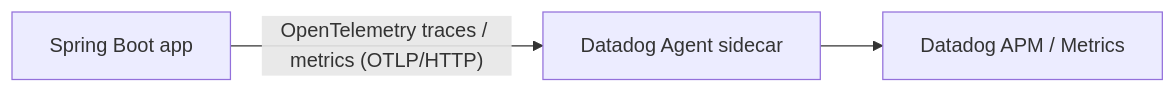
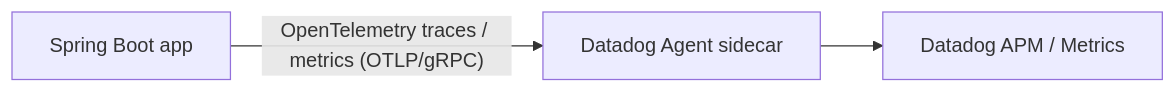
The third of 4 diagrams in docs/adr/adr-0001-o11y-datadog-otel-ecs-fargate.md (rafty/Todo-ECS-Observability-Sample), drawn with Mermaid before and after one commit. The commit also changed other lines of this file and 13 other files, not shown here.

Commit message:
`feat(backend,docs): OTel fix-02 を実装し Datadog 相関仕様を整合` - `   - backend: OpenTelemetry Logback Appender 初期化を追加（失敗時は劣化運転）   - backend: OTLP exporter を gRPC(4317) 前提へ更新   - backend: trace_id/span_id 相関方針に沿ってログ整合   - test: telemetry 初期化テストを追加・更新   - docs/specs: ADR・specs・tasks を fix-02 方針で更新

````diff
--- a/docs/adr/adr-0001-o11y-datadog-otel-ecs-fargate.md
+++ b/docs/adr/adr-0001-o11y-datadog-otel-ecs-fargate.md
@@ -179,5 +179,5 @@
 ```mermaid
 flowchart LR
-  APP["Spring Boot app"] -- "OpenTelemetry traces / metrics (OTLP/HTTP)" --> AG["Datadog Agent sidecar"]
+  APP["Spring Boot app"] -- "OpenTelemetry traces / metrics (OTLP/gRPC)" --> AG["Datadog Agent sidecar"]
   AG --> DDAPM["Datadog APM / Metrics"]
 ```
````
